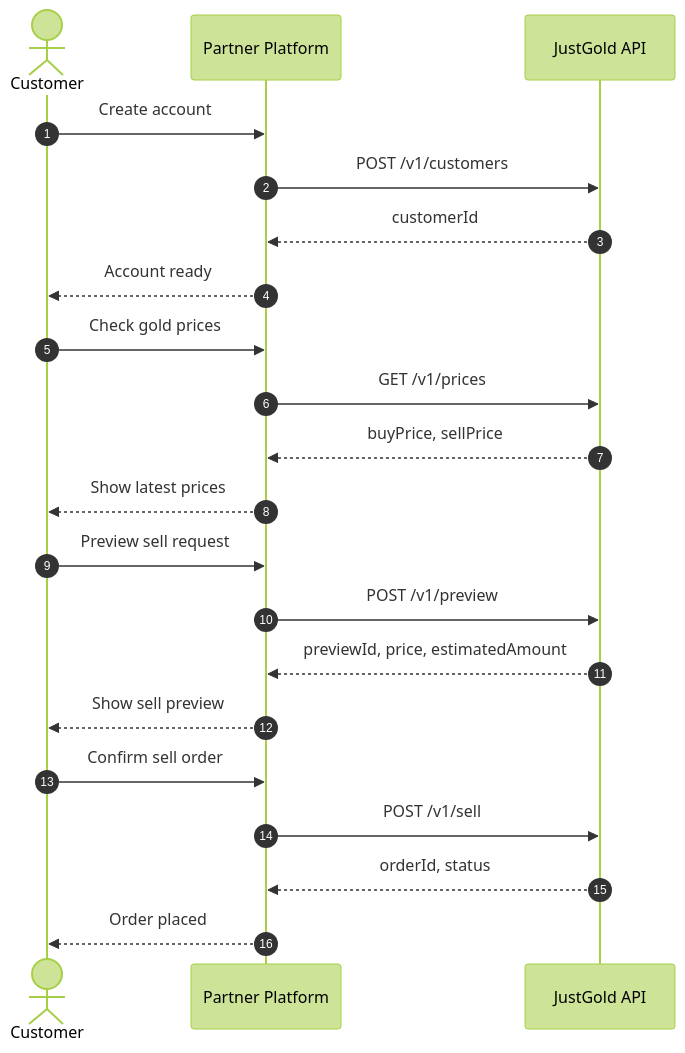
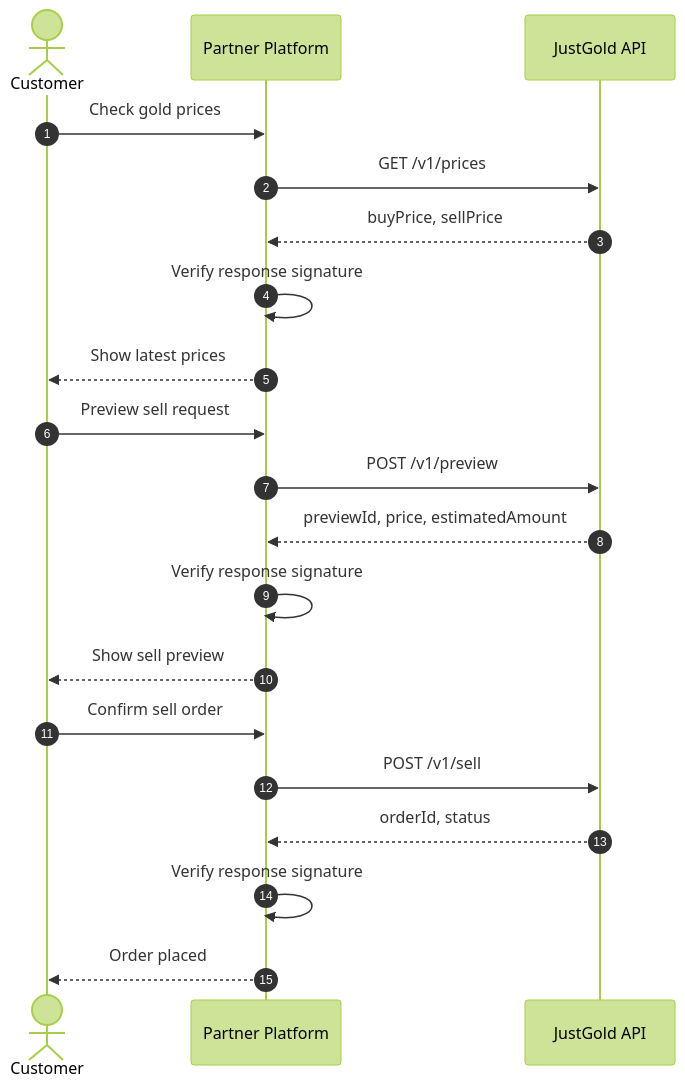
The second of 2 diagrams in integration-flow.md (Just-Gold-JG/docs), drawn with Mermaid (forest theme) before and after one commit. The commit also changed other lines of this file and 7 other files, not shown here.

````diff
--- a/integration-flow.md
+++ b/integration-flow.md
@@ -37,27 +41,25 @@
 ```mermaid
 sequenceDiagram
     autonumber
     actor Customer
     participant Partner as Partner Platform
     participant JustGold as JustGold API
 
-    Customer->>Partner: Create account
-    Partner->>JustGold: POST /v1/customers
-    JustGold-->>Partner: customerId
-    Partner-->>Customer: Account ready
-
     Customer->>Partner: Check gold prices
     Partner->>JustGold: GET /v1/prices
     JustGold-->>Partner: buyPrice, sellPrice
+    Partner->>Partner: Verify response signature
     Partner-->>Customer: Show latest prices
 
     Customer->>Partner: Preview sell request
     Partner->>JustGold: POST /v1/preview
     JustGold-->>Partner: previewId, price, estimatedAmount
+    Partner->>Partner: Verify response signature
     Partner-->>Customer: Show sell preview
 
     Customer->>Partner: Confirm sell order
     Partner->>JustGold: POST /v1/sell
     JustGold-->>Partner: orderId, status
+    Partner->>Partner: Verify response signature
     Partner-->>Customer: Order placed
 ```
````
